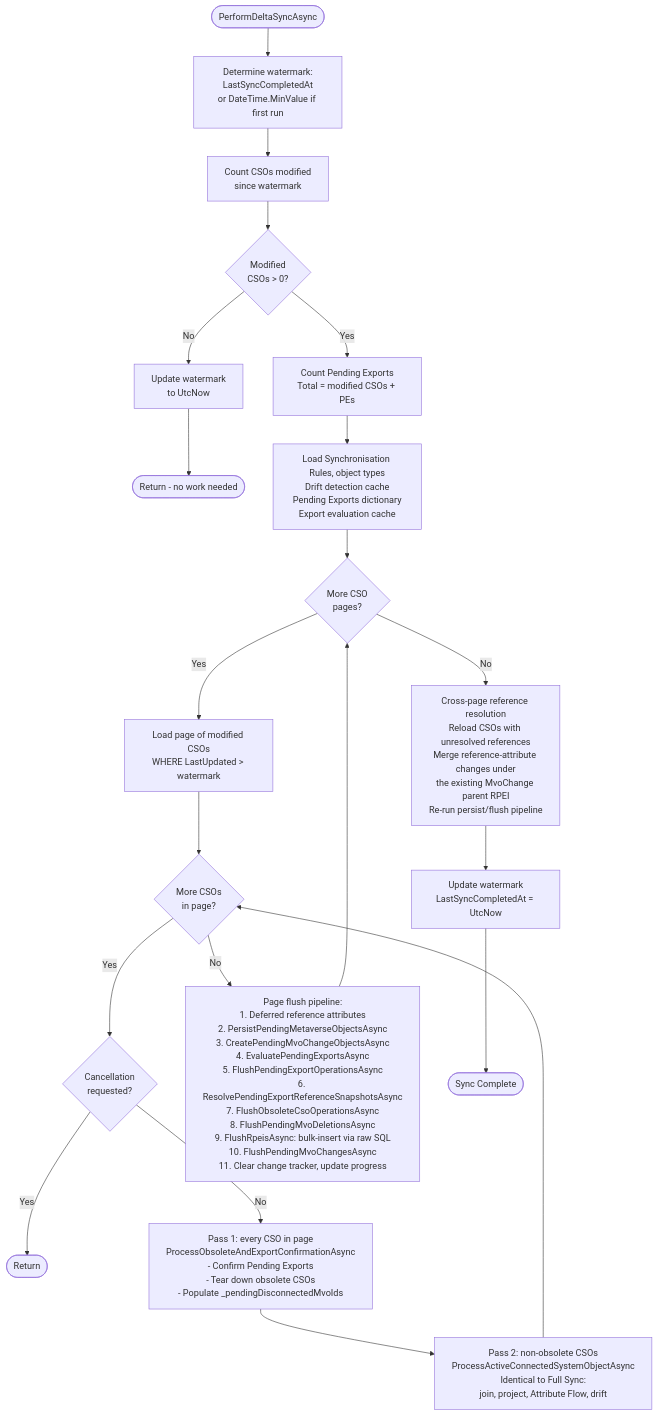
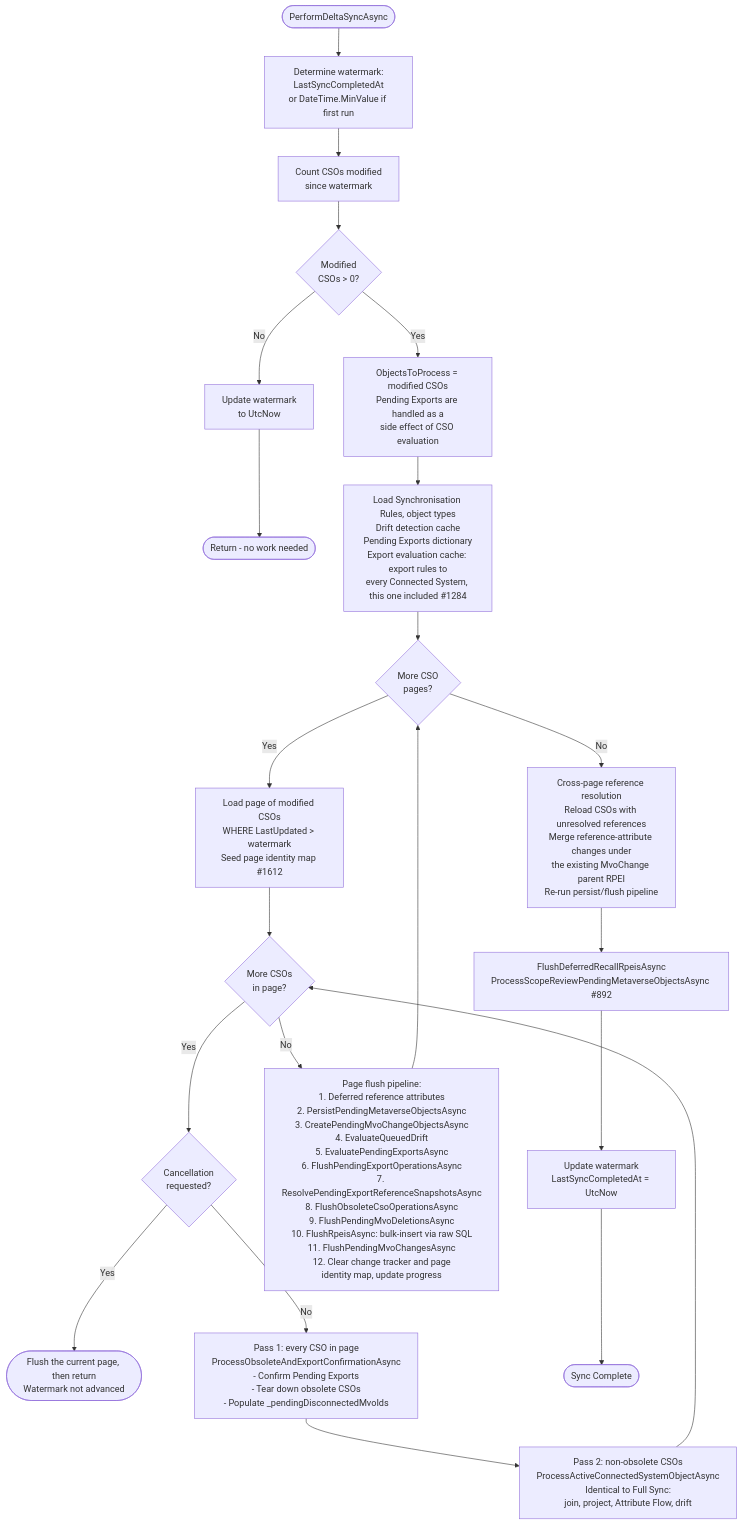
The first of 2 diagrams in docs/developer/diagrams/DELTA_SYNC_FLOW.md (TetronIO/JIM), drawn with Mermaid before and after one commit. The commit also changed other lines of this file and 49 other files, not shown here.

Commit message:
docs: update documentation, diagrams and changelog for v0.15.0 release

````diff
--- a/docs/developer/diagrams/DELTA_SYNC_FLOW.md
+++ b/docs/developer/diagrams/DELTA_SYNC_FLOW.md
@@ -19,33 +23,32 @@
 ```mermaid
 flowchart TD
     Start([PerformDeltaSyncAsync]) --> Watermark[Determine watermark:<br/>LastSyncCompletedAt<br/>or DateTime.MinValue if first run]
 
     Watermark --> CountModified[Count CSOs modified<br/>since watermark]
     CountModified --> HasChanges{Modified<br/>CSOs > 0?}
 
     HasChanges -->|No| EarlyWatermark[Update watermark<br/>to UtcNow]
     EarlyWatermark --> EarlyDone([Return - no work needed])
 
-    HasChanges -->|Yes| CountPE[Count Pending Exports<br/>Total = modified CSOs + PEs]
-    CountPE --> LoadCaches[Load Synchronisation Rules, object types<br/>Drift detection cache<br/>Pending Exports dictionary<br/>Export evaluation cache]
+    HasChanges -->|Yes| CountPE[ObjectsToProcess = modified CSOs<br/>Pending Exports are handled as a<br/>side effect of CSO evaluation]
+    CountPE --> LoadCaches[Load Synchronisation Rules, object types<br/>Drift detection cache<br/>Pending Exports dictionary<br/>Export evaluation cache: export rules to<br/>every Connected System, this one included #1284]
 
     LoadCaches --> PageLoop{More CSO<br/>pages?}
 
-    PageLoop -->|Yes| LoadPage[Load page of modified CSOs<br/>WHERE LastUpdated > watermark]
+    PageLoop -->|Yes| LoadPage[Load page of modified CSOs<br/>WHERE LastUpdated > watermark<br/>Seed page identity map #1612]
     LoadPage --> CsoLoop{More CSOs<br/>in page?}
 
-    %% Partition-scoped filtering supported since v0.8.0: CSO selection respects TargetPartitionId
-
     CsoLoop -->|Yes| CheckCancel{Cancellation<br/>requested?}
-    CheckCancel -->|Yes| Return([Return])
+    CheckCancel -->|Yes| Return([Flush the current page, then return<br/>Watermark not advanced])
     CheckCancel -->|No| Pass1[Pass 1: every CSO in page<br/>ProcessObsoleteAndExportConfirmationAsync<br/>- Confirm Pending Exports<br/>- Tear down obsolete CSOs<br/>- Populate _pendingDisconnectedMvoIds]
     Pass1 --> Pass2[Pass 2: non-obsolete CSOs<br/>ProcessActiveConnectedSystemObjectAsync<br/>Identical to Full Sync:<br/>join, project, Attribute Flow, drift]
     Pass2 --> CsoLoop
 
-    CsoLoop -->|No| PageFlush[Page flush pipeline:<br/>1. Deferred reference attributes<br/>2. PersistPendingMetaverseObjectsAsync<br/>3. CreatePendingMvoChangeObjectsAsync<br/>4. EvaluatePendingExportsAsync<br/>5. FlushPendingExportOperationsAsync<br/>6. ResolvePendingExportReferenceSnapshotsAsync<br/>7. FlushObsoleteCsoOperationsAsync<br/>8. FlushPendingMvoDeletionsAsync<br/>9. FlushRpeisAsync: bulk-insert via raw SQL<br/>10. FlushPendingMvoChangesAsync<br/>11. Clear change tracker, update progress]
+    CsoLoop -->|No| PageFlush[Page flush pipeline:<br/>1. Deferred reference attributes<br/>2. PersistPendingMetaverseObjectsAsync<br/>3. CreatePendingMvoChangeObjectsAsync<br/>4. EvaluateQueuedDrift<br/>5. EvaluatePendingExportsAsync<br/>6. FlushPendingExportOperationsAsync<br/>7. ResolvePendingExportReferenceSnapshotsAsync<br/>8. FlushObsoleteCsoOperationsAsync<br/>9. FlushPendingMvoDeletionsAsync<br/>10. FlushRpeisAsync: bulk-insert via raw SQL<br/>11. FlushPendingMvoChangesAsync<br/>12. Clear change tracker and page<br/>identity map, update progress]
     PageFlush --> PageLoop
 
     PageLoop -->|No| CrossPage[Cross-page reference resolution<br/>Reload CSOs with unresolved references<br/>Merge reference-attribute changes under<br/>the existing MvoChange parent RPEI<br/>Re-run persist/flush pipeline]
-    CrossPage --> UpdateWatermark[Update watermark<br/>LastSyncCompletedAt = UtcNow]
+    CrossPage --> PostPasses[FlushDeferredRecallRpeisAsync<br/>ProcessScopeReviewPendingMetaverseObjectsAsync #892]
+    PostPasses --> UpdateWatermark[Update watermark<br/>LastSyncCompletedAt = UtcNow]
     UpdateWatermark --> Done([Sync Complete])
 ```
````
